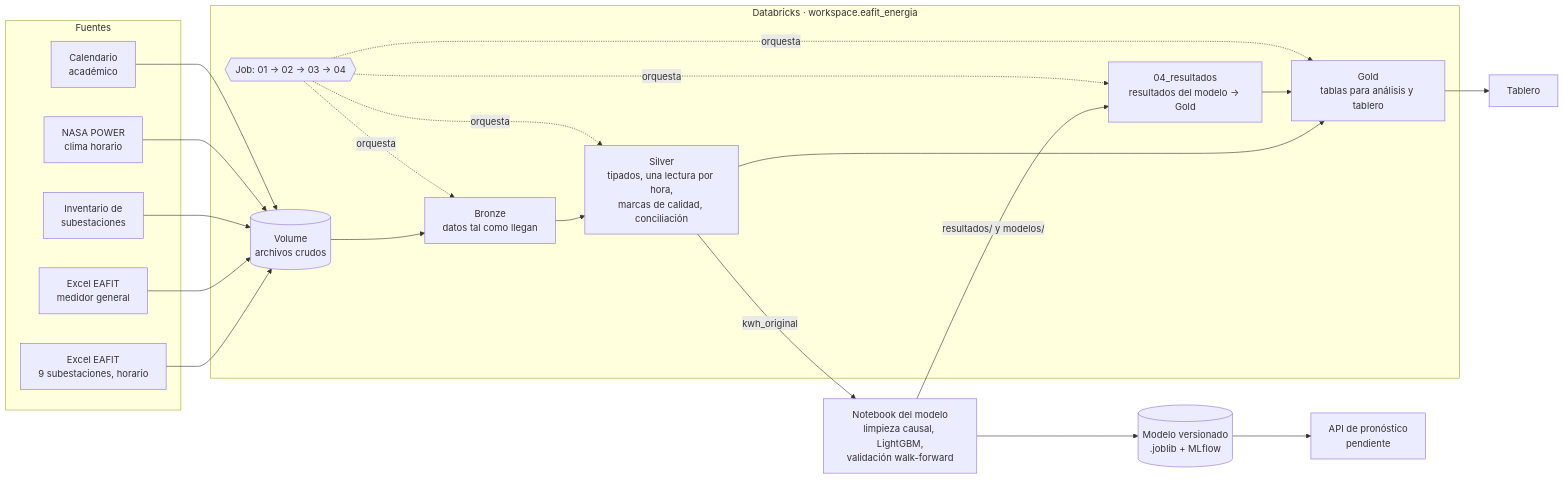
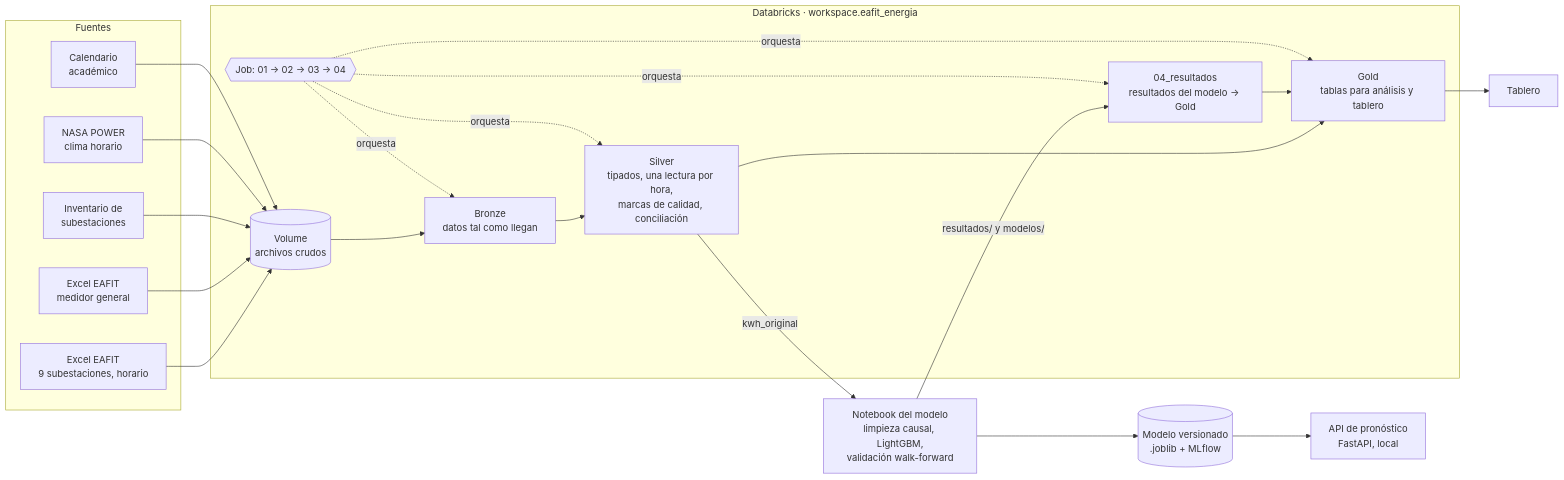
One commit to jjresher/proyecto-integrador-energia-eafit changed the diagram in README.md. Above: the diagram before and after it, drawn with Mermaid. The commit also changed other lines of this file and 8 other files, not shown here.

Commit message:
API FastAPI del modelo con prueba funcional (solo código; el modelo y los datos no se publican)

````diff
--- a/README.md
+++ b/README.md
@@ -35,29 +35,29 @@
 ```mermaid
 flowchart LR
     subgraph Fuentes
         A1[Excel EAFIT<br/>9 subestaciones, horario]
         A2[Excel EAFIT<br/>medidor general]
         A3[Inventario de<br/>subestaciones]
         A4[NASA POWER<br/>clima horario]
         A5[Calendario<br/>académico]
     end
     subgraph Databricks["Databricks · workspace.eafit_energia"]
         V[(Volume<br/>archivos crudos)]
         B[Bronze<br/>datos tal como llegan]
         S[Silver<br/>tipados, una lectura por hora,<br/>marcas de calidad, conciliación]
         G[Gold<br/>tablas para análisis y tablero]
         R[04_resultados<br/>resultados del modelo → Gold]
         J{{Job: 01 → 02 → 03 → 04}}
     end
     M[Notebook del modelo<br/>limpieza causal, LightGBM,<br/>validación walk-forward]
     F[(Modelo versionado<br/>.joblib + MLflow)]
-    API[API de pronóstico<br/>pendiente]
+    API[API de pronóstico<br/>FastAPI, local]
     T[Tablero]
 
     A1 & A2 & A3 & A4 & A5 --> V --> B --> S --> G
     S -- kwh_original --> M
     M -- resultados/ y modelos/ --> R --> G
     M --> F --> API
     G --> T
     J -.orquesta.-> B & S & G & R
 ```
````
